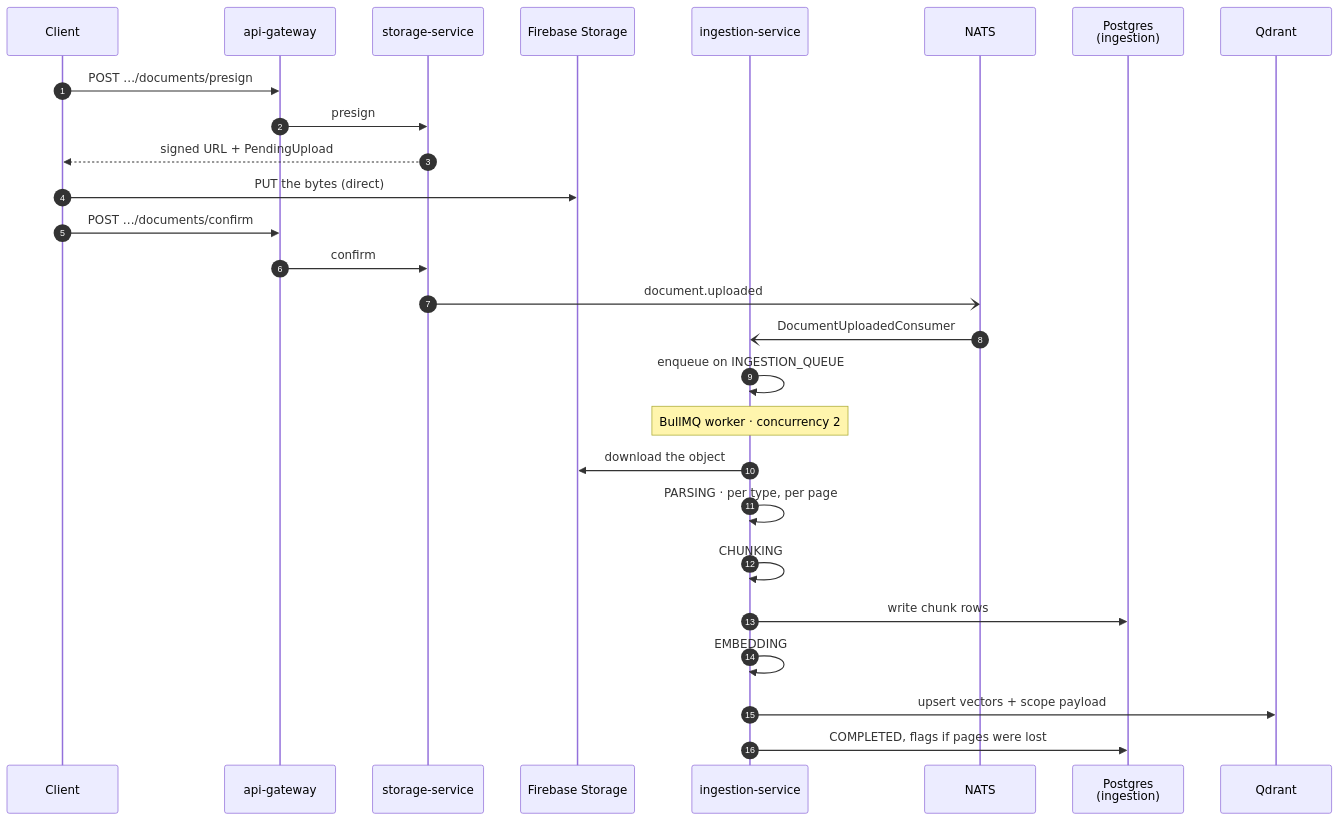
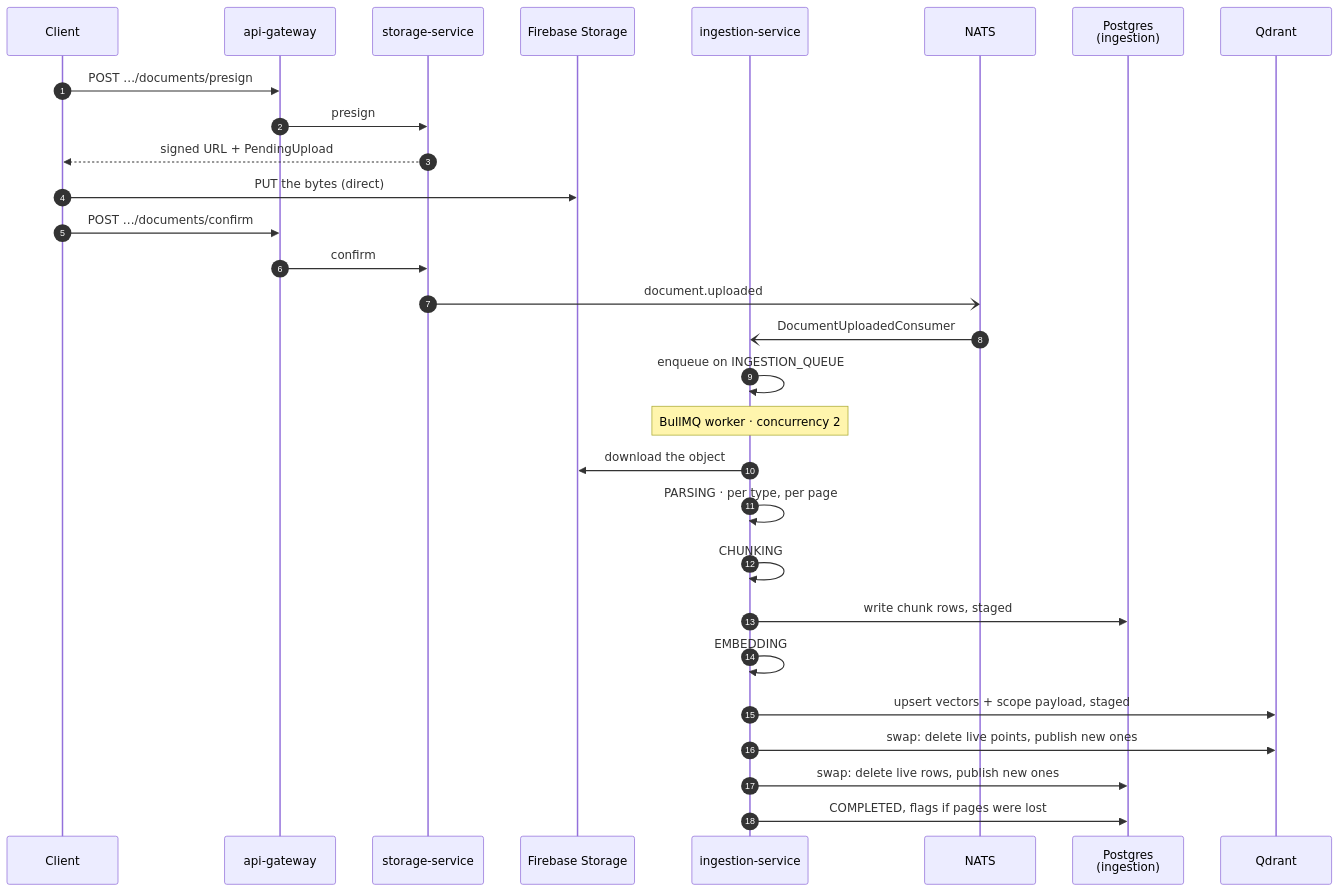
Before and after one commit to dungtq2k5/synapse-desk: the first of 2 diagrams in docs/reference/flows/file-processing.md, drawn with Mermaid. The commit also changed other lines of this file and 7 other files, not shown here.

````diff
--- a/docs/reference/flows/file-processing.md
+++ b/docs/reference/flows/file-processing.md
@@ -11,31 +11,33 @@
 ```mermaid
 sequenceDiagram
   autonumber
   participant C as Client
   participant GW as api-gateway
   participant ST as storage-service
   participant FB as Firebase Storage
   participant IN as ingestion-service
   participant NA as NATS
   participant PG as Postgres<br/>(ingestion)
   participant QD as Qdrant
 
   C->>GW: POST …/documents/presign
   GW->>ST: presign
   ST-->>C: signed URL + PendingUpload
   C->>FB: PUT the bytes (direct)
   C->>GW: POST …/documents/confirm
   GW->>ST: confirm
   ST-)NA: document.uploaded
   NA-)IN: DocumentUploadedConsumer
   IN->>IN: enqueue on INGESTION_QUEUE
 
   Note over IN: BullMQ worker · concurrency 2
   IN->>FB: download the object
   IN->>IN: PARSING · per type, per page
   IN->>IN: CHUNKING
-  IN->>PG: write chunk rows
+  IN->>PG: write chunk rows, staged
   IN->>IN: EMBEDDING
-  IN->>QD: upsert vectors + scope payload
+  IN->>QD: upsert vectors + scope payload, staged
+  IN->>QD: swap: delete live points, publish new ones
+  IN->>PG: swap: delete live rows, publish new ones
   IN->>PG: COMPLETED, flags if pages were lost
 ```
````
